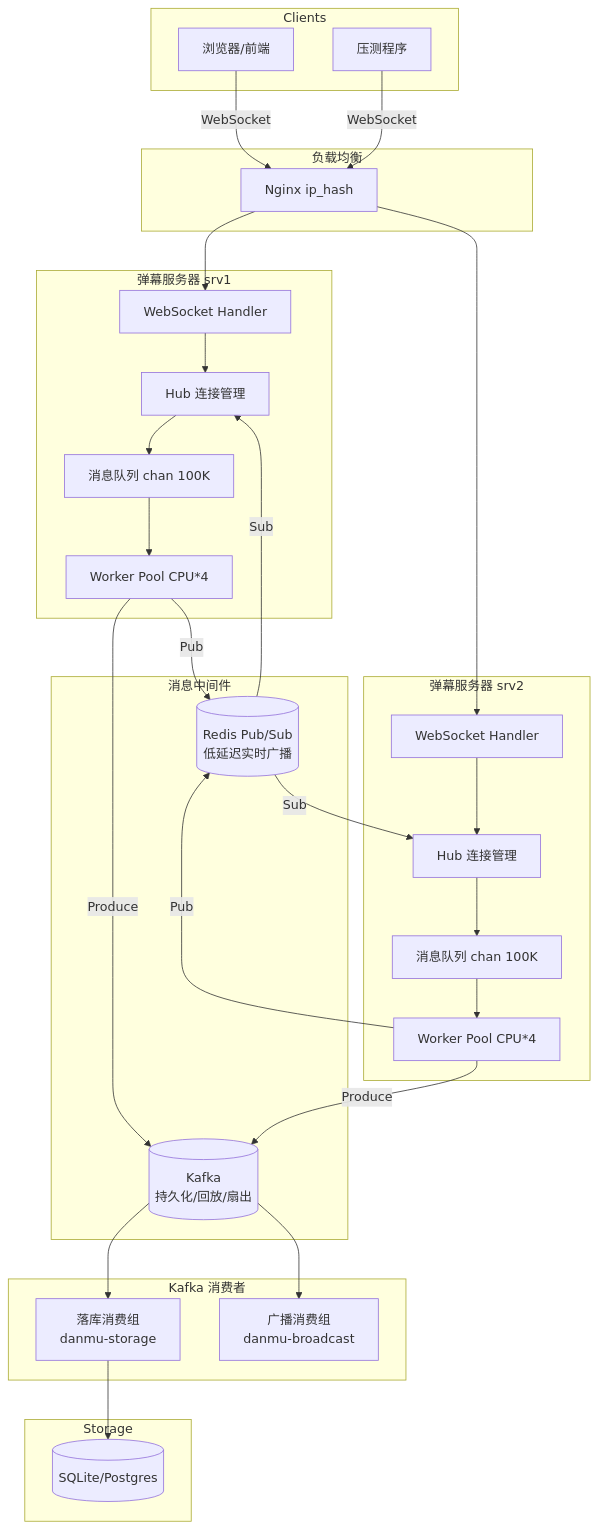
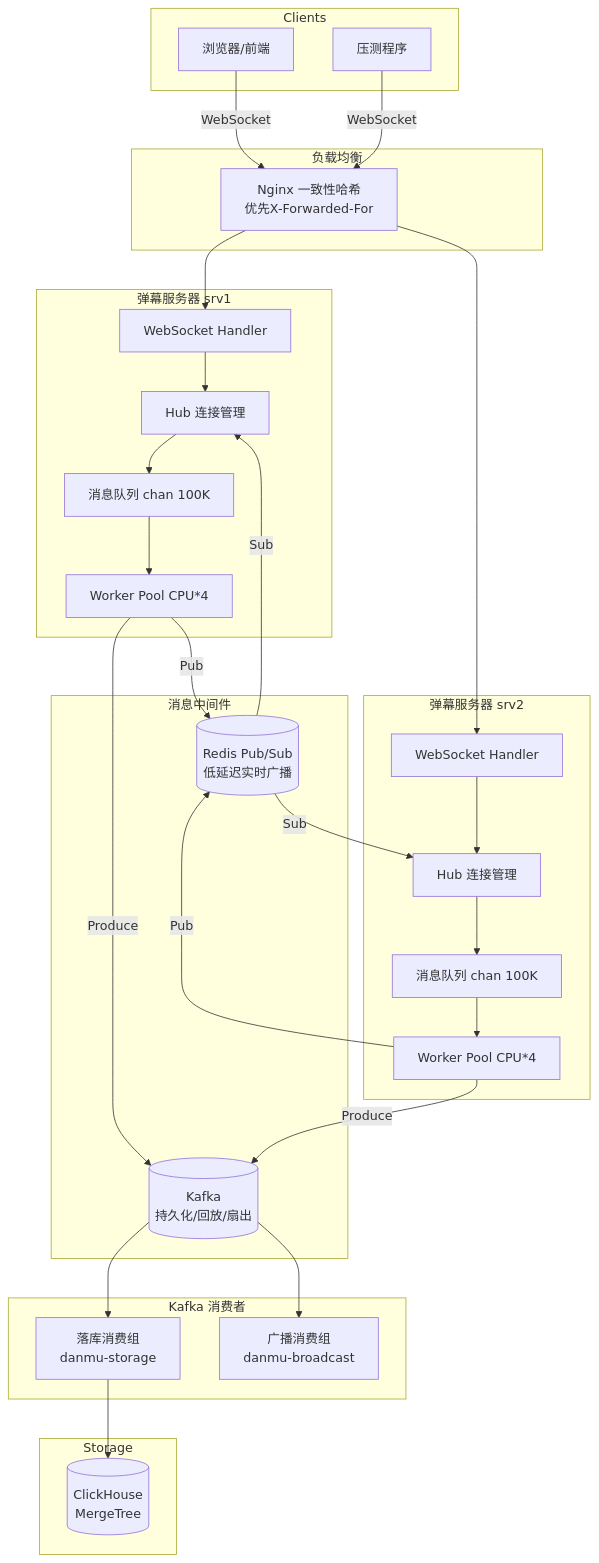
One commit to YansIlinta/X-Plore changed the diagram in README.md. Above: the diagram before and after it, drawn with Mermaid. The commit also changed other lines of this file and 23 other files, not shown here.

````diff
--- a/README.md
+++ b/README.md
@@ -7,57 +19,57 @@
 ```mermaid
 graph TB
     subgraph Clients
         Browser[浏览器/前端]
         Bench[压测程序]
     end
 
     subgraph LB[负载均衡]
-        Nginx[Nginx ip_hash]
+        Nginx[Nginx 一致性哈希<br/>优先X-Forwarded-For]
     end
 
     subgraph Server1[弹幕服务器 srv1]
         WS1[WebSocket Handler]
         Hub1[Hub 连接管理]
         MQ1[消息队列 chan 100K]
         WP1[Worker Pool CPU*4]
     end
 
     subgraph Server2[弹幕服务器 srv2]
         WS2[WebSocket Handler]
         Hub2[Hub 连接管理]
         MQ2[消息队列 chan 100K]
         WP2[Worker Pool CPU*4]
     end
 
     subgraph MQ[消息中间件]
         Redis[(Redis Pub/Sub<br/>低延迟实时广播)]
         Kafka[(Kafka<br/>持久化/回放/扇出)]
     end
 
     subgraph Consumers[Kafka 消费者]
         CG1[落库消费组<br/>danmu-storage]
         CG2[广播消费组<br/>danmu-broadcast]
     end
 
     subgraph Storage
-        SQLite[(SQLite/Postgres)]
+        CH[(ClickHouse<br/>MergeTree)]
     end
 
     Browser -->|WebSocket| Nginx
     Bench -->|WebSocket| Nginx
     Nginx --> WS1
     Nginx --> WS2
 
     WS1 --> Hub1 --> MQ1 --> WP1
     WS2 --> Hub2 --> MQ2 --> WP2
 
     WP1 -->|Pub| Redis
     WP2 -->|Pub| Redis
     Redis -->|Sub| Hub1
     Redis -->|Sub| Hub2
 
     WP1 -->|Produce| Kafka
     WP2 -->|Produce| Kafka
-    Kafka --> CG1 --> SQLite
+    Kafka --> CG1 --> CH
     Kafka --> CG2
 ```
````
